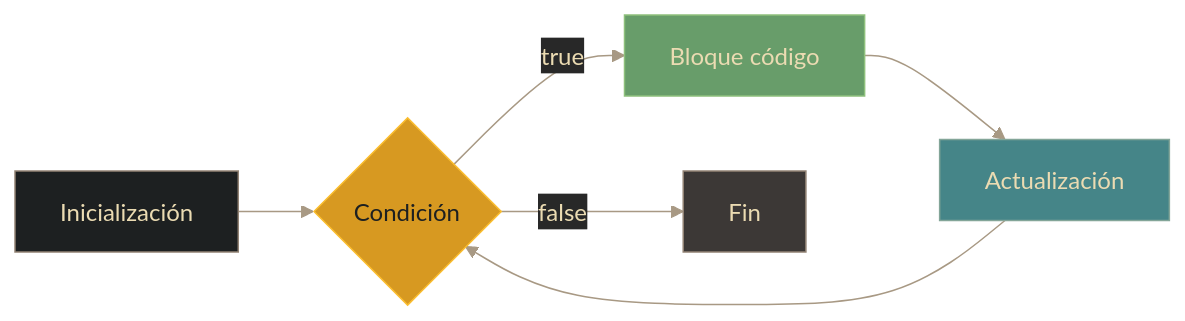
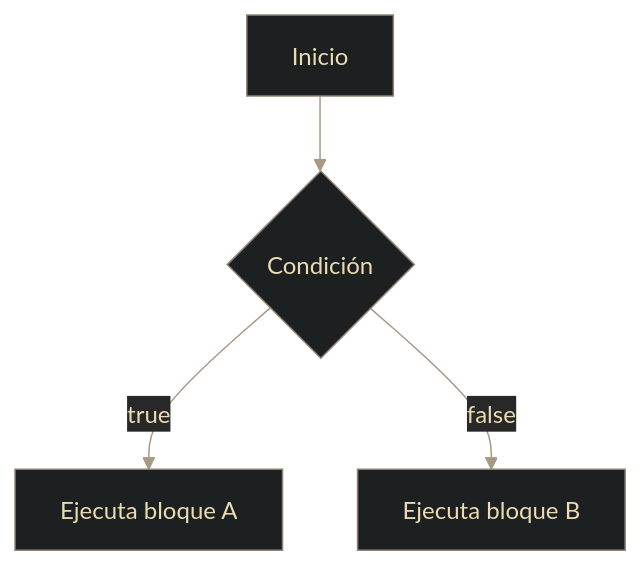
Before and after one commit to NachoOsella/notes-vault: the diagram in Progra 3/03 - Back End/03.01 - U1 Lenguaje Java y Colecciones/07 - Java - Estructuras de control.md, drawn with Mermaid. The commit also changed other lines of this file and 32 other files, not shown here.

````diff
--- a/Progra 3/03 - Back End/03.01 - U1 Lenguaje Java y Colecciones/07 - Java - Estructuras de control.md
+++ b/Progra 3/03 - Back End/03.01 - U1 Lenguaje Java y Colecciones/07 - Java - Estructuras de control.md
@@ -85,15 +24,7 @@
 ```mermaid
 %%{init: {'theme': 'base', 'themeVariables': { 'primaryColor': '#1d2021', 'primaryTextColor': '#ebdbb2', 'primaryBorderColor': '#928374', 'lineColor': '#a89984', 'secondaryColor': '#282828', 'tertiaryColor': '#3c3836'}}}%%
-flowchart LR
-    A[Inicialización] --> B{Condición}
-    B -->|true| C[Bloque código]
-    C --> D[Actualización]
-    D --> B
-    B -->|false| E[Fin]
-    
-    style A fill:#1d2021,stroke:#928374,color:#ebdbb2
-    style B fill:#d79921,stroke:#fabd2f,color:#1d2021
-    style C fill:#689d6a,stroke:#8ec07c,color:#ebdbb2
-    style D fill:#458588,stroke:#83a598,color:#ebdbb2
-    style E fill:#3c3836,stroke:#928374,color:#ebdbb2
+flowchart TD
+    A[Inicio] --> B{Condición}
+    B -->|true| C[Ejecuta bloque A]
+    B -->|false| D[Ejecuta bloque B]
 ```
````
